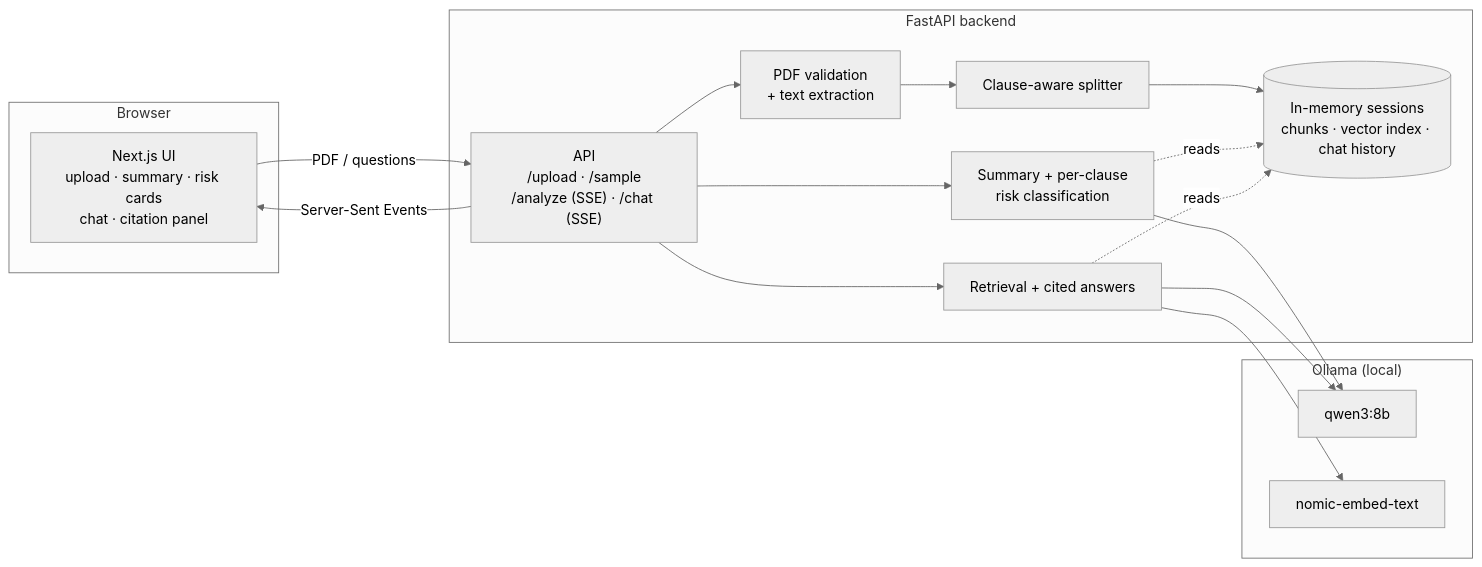
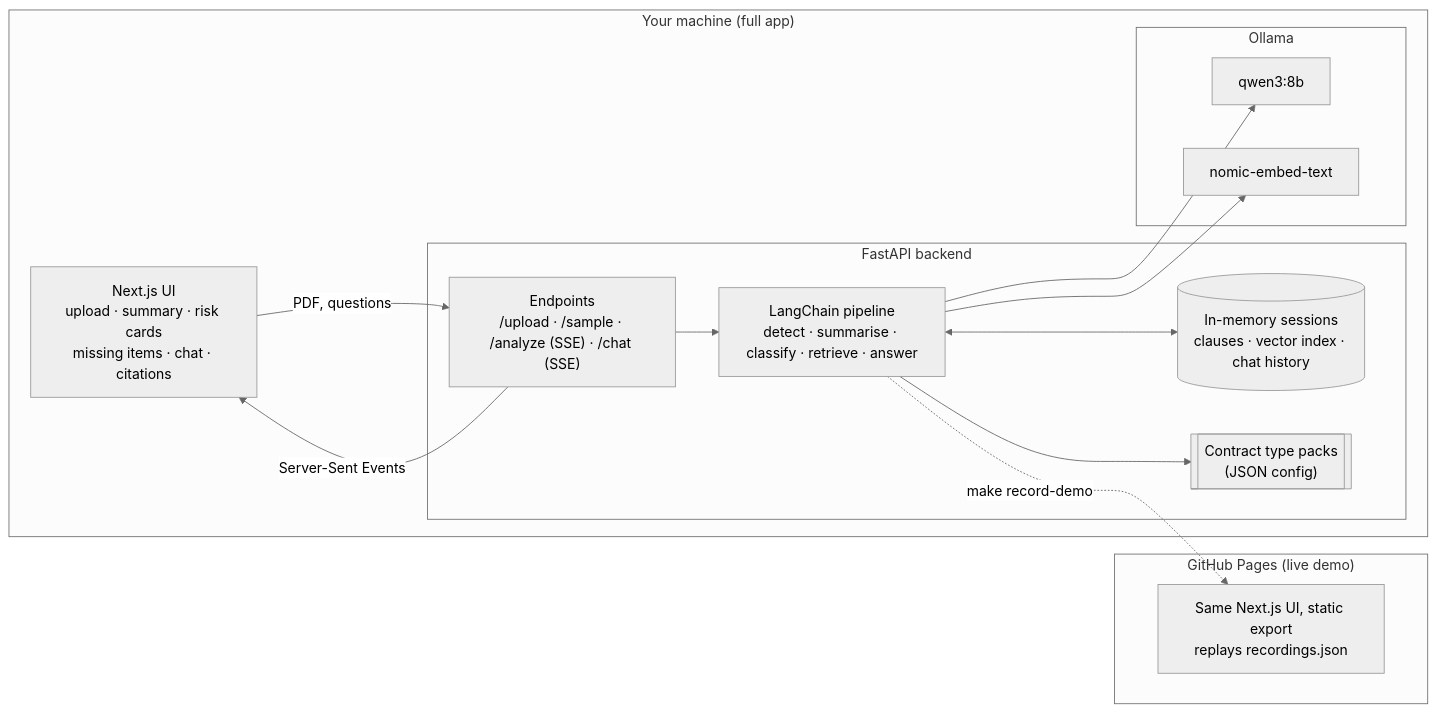
Before and after one commit to ChristineWanjau/lease-contract-explainer: the first of 3 diagrams in README.md, drawn with Mermaid (neutral theme). The commit also changed other lines of this file, not shown here.

First line of the commit message:
docs: portfolio README with live demo, architecture diagrams and technologies

````diff
--- a/README.md
+++ b/README.md
@@ -27,30 +37,29 @@
 ```mermaid
 flowchart LR
-    subgraph Browser
-        UI["Next.js UI<br/>upload · summary · risk cards<br/>chat · citation panel"]
+    subgraph Local["Your machine (full app)"]
+        UI["Next.js UI<br/>upload · summary · risk cards<br/>missing items · chat · citations"]
+        subgraph API["FastAPI backend"]
+            ROUTES["Endpoints<br/>/upload · /sample · /analyze (SSE) · /chat (SSE)"]
+            PIPE["LangChain pipeline<br/>detect · summarise · classify · retrieve · answer"]
+            SESS[("In-memory sessions<br/>clauses · vector index · chat history")]
+            PACKS[["Contract type packs<br/>(JSON config)"]]
+        end
+        subgraph Ollama["Ollama"]
+            LLM["qwen3:8b"]
+            EMB["nomic-embed-text"]
+        end
     end
 
-    subgraph Backend["FastAPI backend"]
-        API["API<br/>/upload · /sample<br/>/analyze (SSE) · /chat (SSE)"]
-        PDF["PDF validation<br/>+ text extraction"]
-        SPLIT["Clause-aware splitter"]
-        SESS[("In-memory sessions<br/>chunks · vector index · chat history")]
-        ANALYZE["Summary + per-clause<br/>risk classification"]
-        RAG["Retrieval + cited answers"]
+    subgraph Pages["GitHub Pages (live demo)"]
+        DEMO["Same Next.js UI, static export<br/>replays recordings.json"]
     end
 
-    subgraph Ollama["Ollama (local)"]
-        LLM["qwen3:8b"]
-        EMB["nomic-embed-text"]
-    end
-
-    UI -- "PDF / questions" --> API
-    API -- "Server-Sent Events" --> UI
-    API --> PDF --> SPLIT --> SESS
-    API --> ANALYZE --> LLM
-    API --> RAG
-    RAG --> EMB
-    RAG --> LLM
-    ANALYZE -. reads .-> SESS
-    RAG -. reads .-> SESS
+    UI -- "PDF, questions" --> ROUTES
+    ROUTES -- "Server-Sent Events" --> UI
+    ROUTES --> PIPE
+    PIPE <--> SESS
+    PIPE --> PACKS
+    PIPE --> LLM
+    PIPE --> EMB
+    PIPE -. "make record-demo" .-> DEMO
 ```
````
